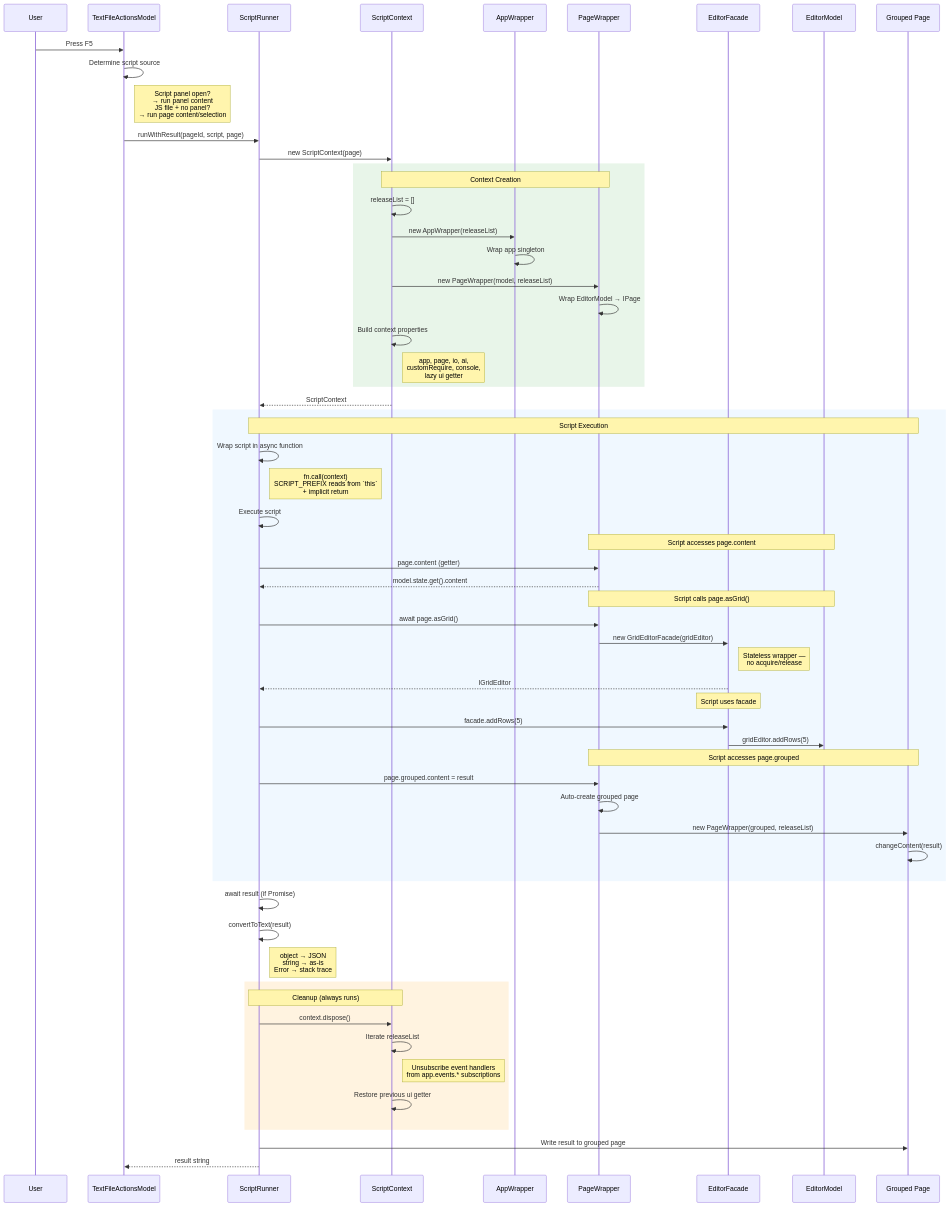
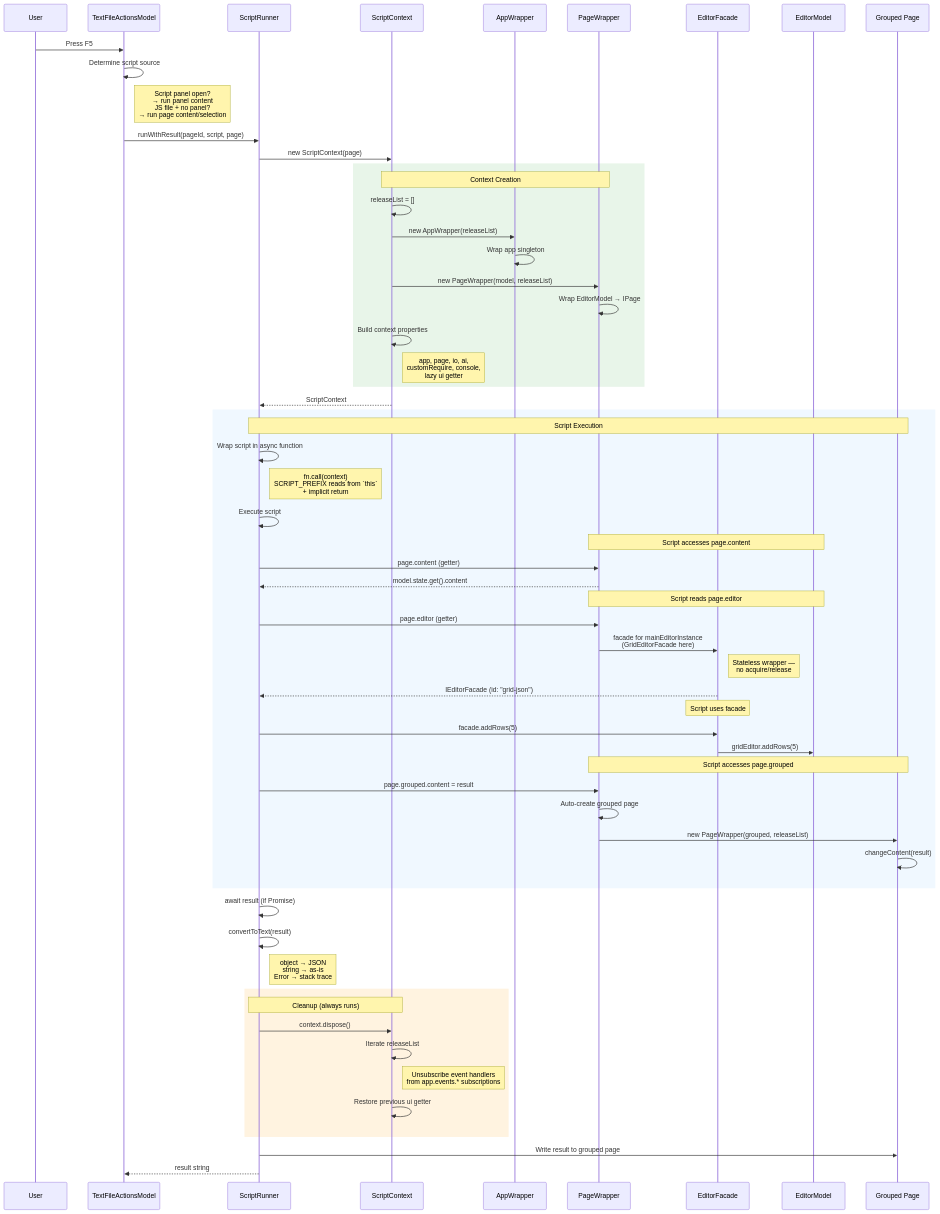
The diagram in doc/architecture/diagrams/5-execution-flow.mmd (andriy-viyatyk/js-notepad), drawn with Mermaid before and after one commit. The commit also changed 94 other files, not shown here.

```diff
--- a/doc/architecture/diagrams/5-execution-flow.mmd
+++ b/doc/architecture/diagrams/5-execution-flow.mmd
@@ -1,74 +1,74 @@
 sequenceDiagram
     participant U as User
     participant AM as TextFileActionsModel
     participant SR as ScriptRunner
     participant SC as ScriptContext
     participant AW as AppWrapper
     participant PW as PageWrapper
     participant F as EditorFacade
     participant EM as EditorModel
     participant GP as Grouped Page
 
     U->>AM: Press F5
     AM->>AM: Determine script source
     Note right of AM: Script panel open?<br/>→ run panel content<br/>JS file + no panel?<br/>→ run page content/selection
 
     AM->>SR: runWithResult(pageId, script, page)
     SR->>SC: new ScriptContext(page)
 
     rect rgb(232, 245, 233)
         Note over SC,PW: Context Creation
         SC->>SC: releaseList = []
         SC->>AW: new AppWrapper(releaseList)
         AW->>AW: Wrap app singleton
         SC->>PW: new PageWrapper(model, releaseList)
         PW->>PW: Wrap EditorModel → IPage
 
         SC->>SC: Build context properties
         Note right of SC: app, page, io, ai,<br/>customRequire, console,<br/>lazy ui getter
     end
 
     SC-->>SR: ScriptContext
 
     rect rgb(240, 248, 255)
         Note over SR,GP: Script Execution
         SR->>SR: Wrap script in async function
         Note right of SR: fn.call(context)<br/>SCRIPT_PREFIX reads from `this`<br/>+ implicit return
 
         SR->>SR: Execute script
 
         Note over PW,EM: Script accesses page.content
         SR->>PW: page.content (getter)
         PW-->>SR: model.state.get().content
 
-        Note over PW,EM: Script calls page.asGrid()
-        SR->>PW: await page.asGrid()
-        PW->>F: new GridEditorFacade(gridEditor)
+        Note over PW,EM: Script reads page.editor
+        SR->>PW: page.editor (getter)
+        PW->>F: facade for mainEditorInstance<br/>(GridEditorFacade here)
         Note right of F: Stateless wrapper —<br/>no acquire/release
-        F-->>SR: IGridEditor
+        F-->>SR: IEditorFacade (id: "grid-json")
 
         Note over F: Script uses facade
         SR->>F: facade.addRows(5)
         F->>EM: gridEditor.addRows(5)
 
         Note over PW,GP: Script accesses page.grouped
         SR->>PW: page.grouped.content = result
         PW->>PW: Auto-create grouped page
         PW->>GP: new PageWrapper(grouped, releaseList)
         GP->>GP: changeContent(result)
     end
 
     SR->>SR: await result (if Promise)
     SR->>SR: convertToText(result)
     Note right of SR: object → JSON<br/>string → as-is<br/>Error → stack trace
 
     rect rgb(255, 243, 224)
         Note over SR,SC: Cleanup (always runs)
         SR->>SC: context.dispose()
         SC->>SC: Iterate releaseList
         Note right of SC: Unsubscribe event handlers<br/>from app.events.* subscriptions
         SC->>SC: Restore previous ui getter
     end
 
     SR->>GP: Write result to grouped page
     SR-->>AM: result string
```
